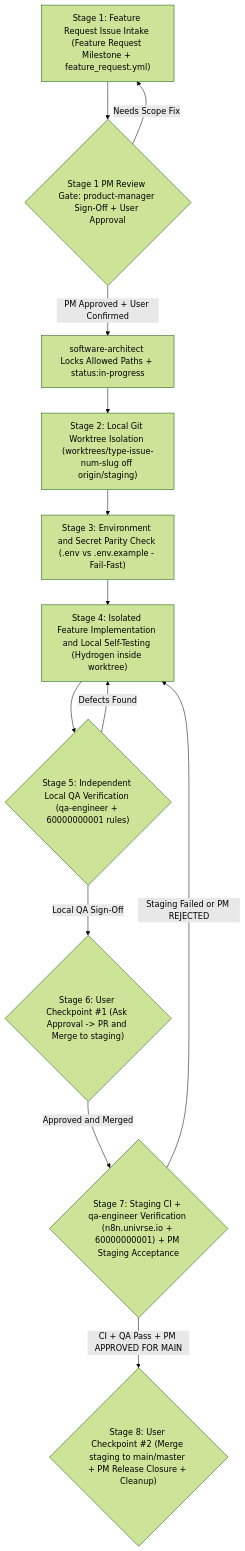
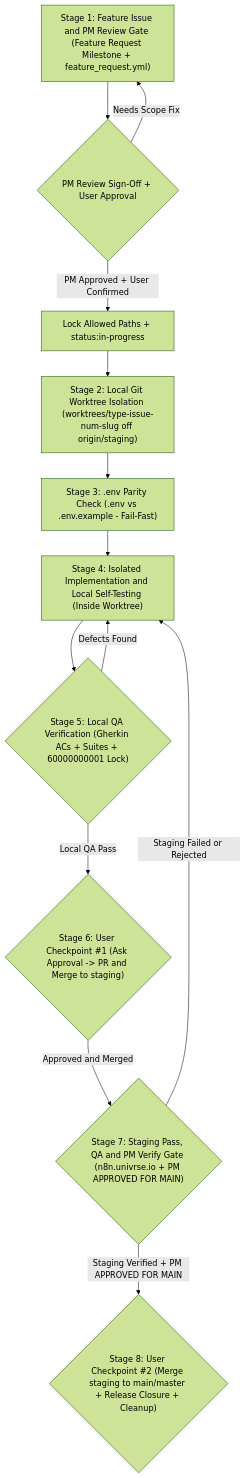
Before and after one commit to UniVRse-Interactive/UniVRse-workflow: the diagram in AGENTS.md, drawn with Mermaid (forest theme). The commit also changed other lines of this file and 13 other files, not shown here.

````diff
--- a/AGENTS.md
+++ b/AGENTS.md
@@ -157,15 +83,15 @@
 ```mermaid
 flowchart TD
-    S1["Stage 1: Feature Request Issue Intake (Feature Request Milestone + feature_request.yml)"] --> PMGate{"Stage 1 PM Review Gate: product-manager Sign-Off + User Approval"}
+    S1["Stage 1: Feature Issue and PM Review Gate (Feature Request Milestone + feature_request.yml)"] --> PMGate{"PM Review Sign-Off + User Approval"}
     PMGate -- "Needs Scope Fix" --> S1
-    PMGate -- "PM Approved + User Confirmed" --> Arch["software-architect Locks Allowed Paths + status:in-progress"]
-    Arch --> S2["Stage 2: Local Git Worktree Isolation (worktrees/type-issue-num-slug off origin/staging)"]
-    S2 --> S3["Stage 3: Environment and Secret Parity Check (.env vs .env.example - Fail-Fast)"]
-    S3 --> S4["Stage 4: Isolated Feature Implementation and Local Self-Testing (Hydrogen inside worktree)"]
-    S4 --> S5{"Stage 5: Independent Local QA Verification (qa-engineer + 60000000001 rules)"}
+    PMGate -- "PM Approved + User Confirmed" --> LockPaths["Lock Allowed Paths + status:in-progress"]
+    LockPaths --> S2["Stage 2: Local Git Worktree Isolation (worktrees/type-issue-num-slug off origin/staging)"]
+    S2 --> S3["Stage 3: .env Parity Check (.env vs .env.example - Fail-Fast)"]
+    S3 --> S4["Stage 4: Isolated Implementation and Local Self-Testing (Inside Worktree)"]
+    S4 --> S5{"Stage 5: Local QA Verification (Gherkin ACs + Suites + 60000000001 Lock)"}
     S5 -- "Defects Found" --> S4
-    S5 -- "Local QA Sign-Off" --> S6{"Stage 6: User Checkpoint #1 (Ask Approval -> PR and Merge to staging)"}
-    S6 -- "Approved and Merged" --> S7{"Stage 7: Staging CI + qa-engineer Verification (n8n.univrse.io + 60000000001) + PM Staging Acceptance"}
-    S7 -- "Staging Failed or PM REJECTED" --> S4
-    S7 -- "CI + QA Pass + PM APPROVED FOR MAIN" --> S8{"Stage 8: User Checkpoint #2 (Merge staging to main/master + PM Release Closure + Cleanup)"}
+    S5 -- "Local QA Pass" --> S6{"Stage 6: User Checkpoint #1 (Ask Approval -> PR and Merge to staging)"}
+    S6 -- "Approved and Merged" --> S7{"Stage 7: Staging Pass, QA and PM Verify Gate (n8n.univrse.io + PM APPROVED FOR MAIN)"}
+    S7 -- "Staging Failed or Rejected" --> S4
+    S7 -- "Staging Verified + PM APPROVED FOR MAIN" --> S8{"Stage 8: User Checkpoint #2 (Merge staging to main/master + Release Closure + Cleanup)"}
 ```
````
